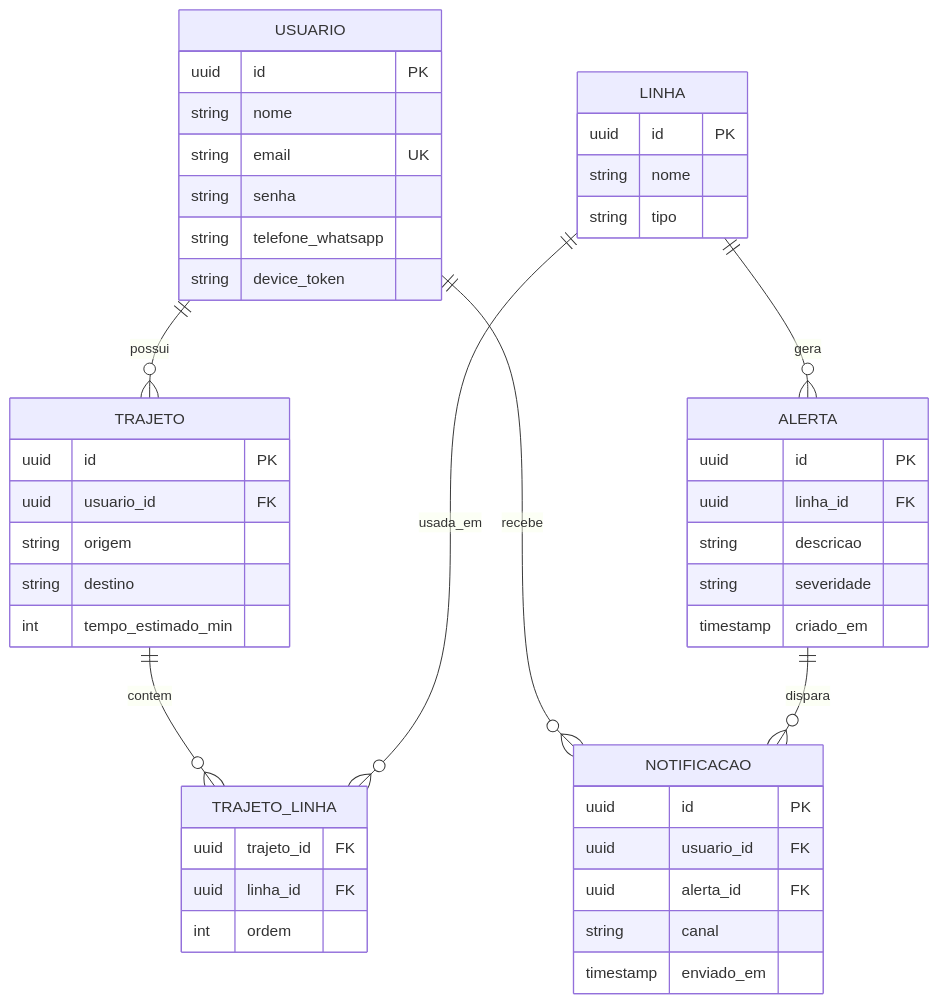
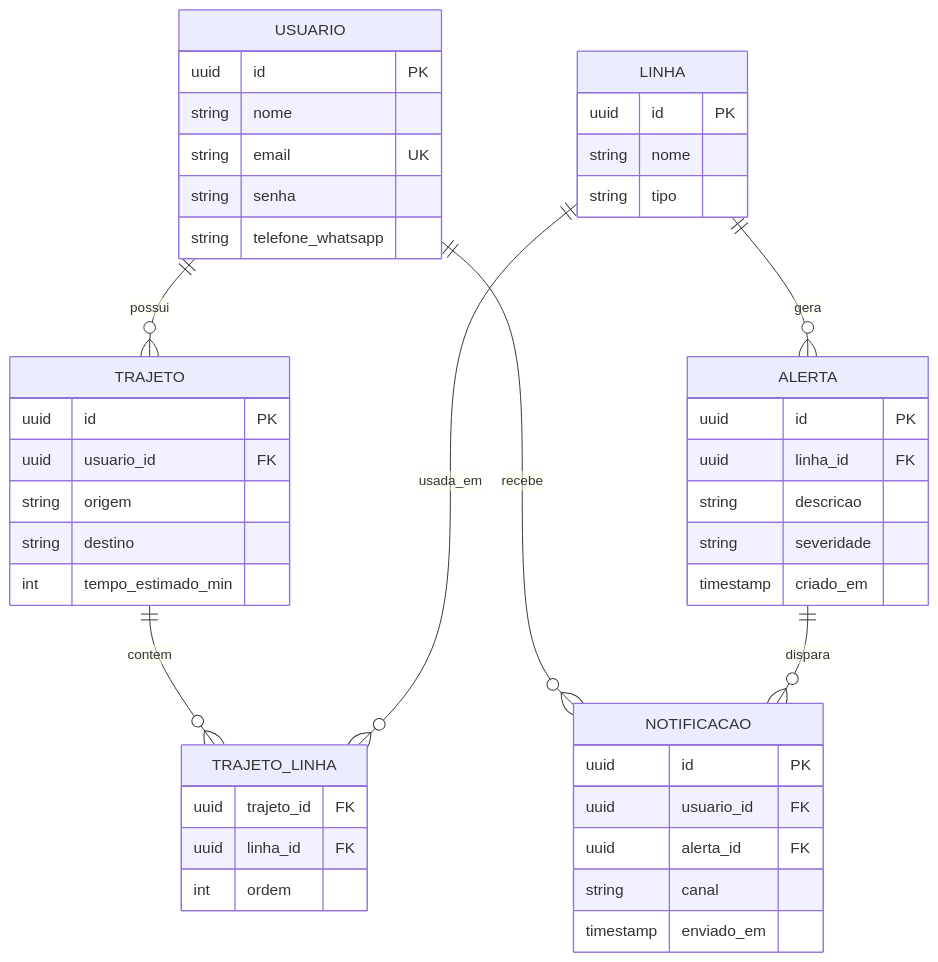
Before and after one commit to tinhascode/essarota: the second of 4 diagrams in README.md, drawn with Mermaid. The commit also changed 14 other files, not shown here.

````diff
--- a/README.md
+++ b/README.md
@@ -96,54 +96,53 @@
 ```mermaid
 erDiagram
   USUARIO ||--o{ TRAJETO : possui
   TRAJETO ||--o{ TRAJETO_LINHA : contem
   LINHA ||--o{ TRAJETO_LINHA : usada_em
   LINHA ||--o{ ALERTA : gera
   USUARIO ||--o{ NOTIFICACAO : recebe
   ALERTA ||--o{ NOTIFICACAO : dispara
 
   USUARIO {
     uuid id PK
     string nome
     string email UK
     string senha
     string telefone_whatsapp
-    string device_token
   }
 
   TRAJETO {
     uuid id PK
     uuid usuario_id FK
     string origem
     string destino
     int tempo_estimado_min
   }
 
   LINHA {
     uuid id PK
     string nome
     string tipo
   }
 
   TRAJETO_LINHA {
     uuid trajeto_id FK
     uuid linha_id FK
     int ordem
   }
 
   ALERTA {
     uuid id PK
     uuid linha_id FK
     string descricao
     string severidade
     timestamp criado_em
   }
 
   NOTIFICACAO {
     uuid id PK
     uuid usuario_id FK
     uuid alerta_id FK
     string canal
     timestamp enviado_em
   }
 ```
````
